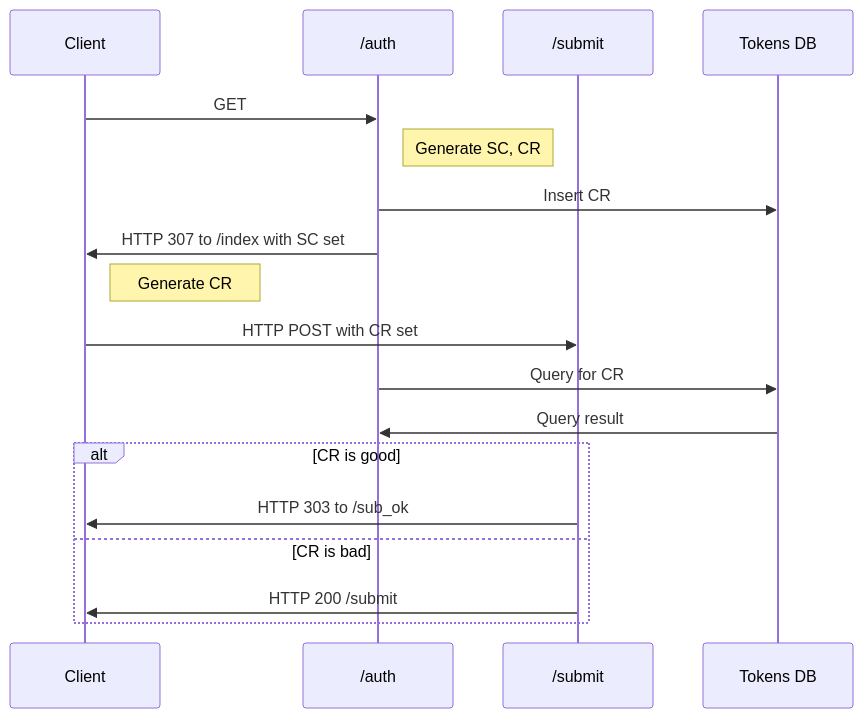
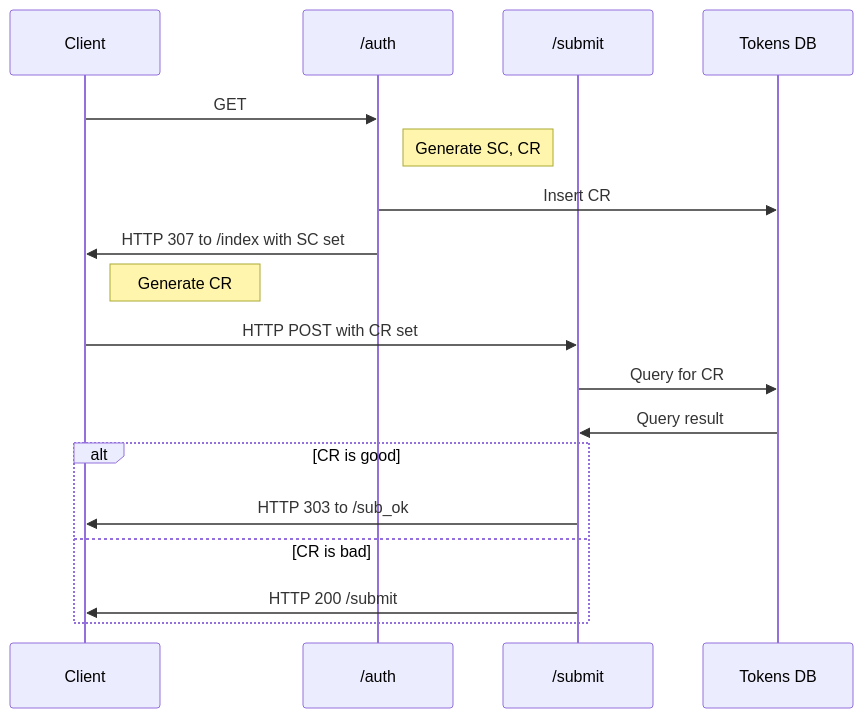
One commit to contactandy/practice-games-and-score-server changed the second of 2 diagrams in README.md. Above: the diagram before and after it, drawn with Mermaid.

Commit message:
Update README.md
Fix sequence diagram.

````diff
--- a/README.md
+++ b/README.md
@@ -83,20 +83,20 @@
 ```mermaid
 sequenceDiagram
     participant C as Client
     participant A as /auth
     participant S as /submit
     participant T as Tokens DB
     C ->> A: GET
     Note right of A: Generate SC, CR
     A ->> T: Insert CR
     A ->> C: HTTP 307 to /index with SC set
     Note right of C: Generate CR
     C ->> S: HTTP POST with CR set
-    A ->> T: Query for CR
-    T ->> A: Query result
+    S ->> T: Query for CR
+    T ->> S: Query result
     alt CR is good
         S ->> C: HTTP 303 to /sub_ok
     else CR is bad
         S ->> C: HTTP 200 /submit
     end
 ```
````
